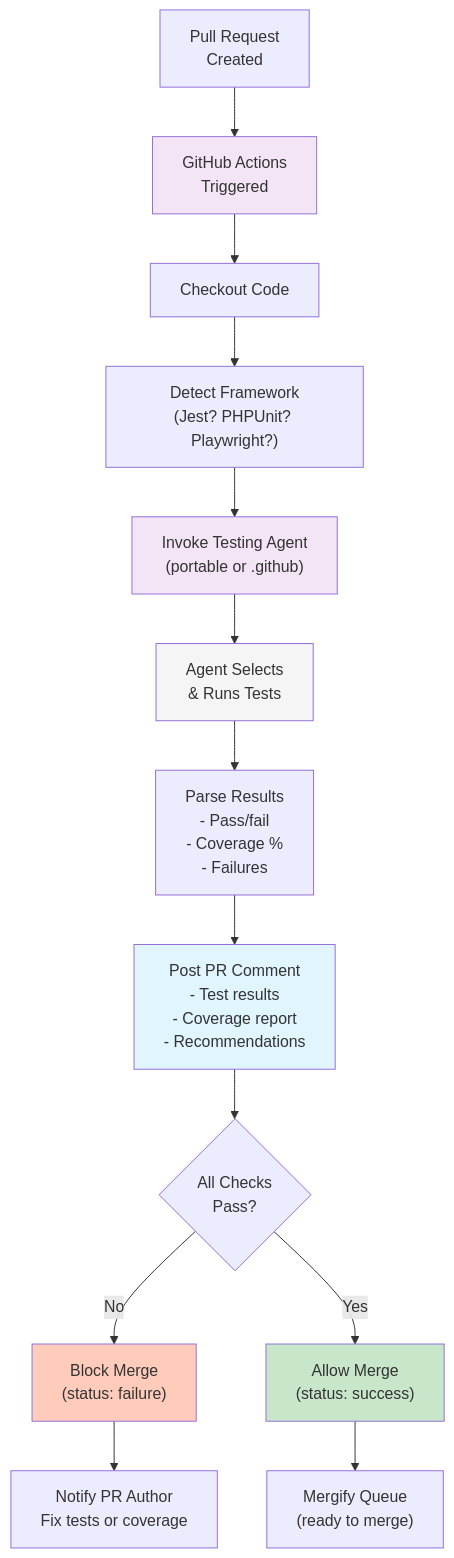
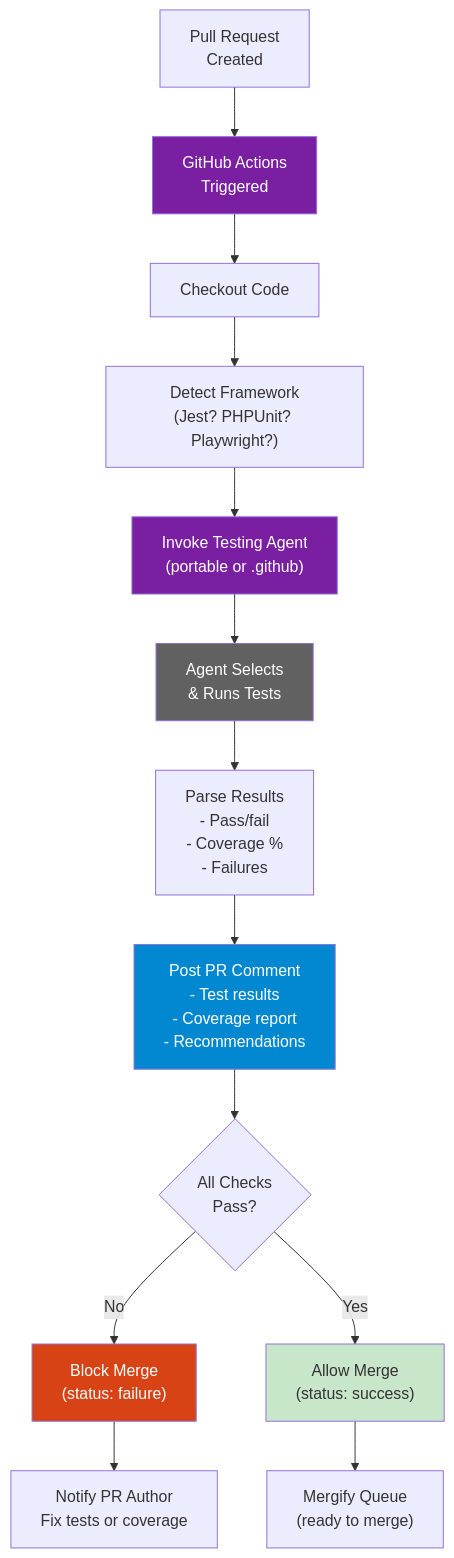
The eighth of 8 diagrams in .github/projects/active/testing-agent-multi-framework-2026-08-12/ARCHITECTURE_DIAGRAMS.md (lightspeedwp/.github), drawn with Mermaid before and after one commit. The commit also changed other lines of this file, not shown here.

Commit message:
fix: Update Mermaid diagram colors for WCAG contrast compliance

````diff
--- a/.github/projects/active/testing-agent-multi-framework-2026-08-12/ARCHITECTURE_DIAGRAMS.md
+++ b/.github/projects/active/testing-agent-multi-framework-2026-08-12/ARCHITECTURE_DIAGRAMS.md
@@ -357,32 +357,32 @@
 ```mermaid
 graph TD
     PR["Pull Request<br/>Created"]
     
     PR --> GITHUB_ACTIONS["GitHub Actions<br/>Triggered"]
     
     GITHUB_ACTIONS --> CHECKOUT["Checkout Code"]
     CHECKOUT --> DETECT["Detect Framework<br/>(Jest? PHPUnit? Playwright?)"]
     
     DETECT --> INVOKE["Invoke Testing Agent<br/>(portable or .github)"]
     
     INVOKE --> AGENT_RUN["Agent Selects<br/>& Runs Tests"]
     
     AGENT_RUN --> PARSE["Parse Results<br/>- Pass/fail<br/>- Coverage %<br/>- Failures"]
     
     PARSE --> COMMENT["Post PR Comment<br/>- Test results<br/>- Coverage report<br/>- Recommendations"]
     
     COMMENT --> CHECK{All Checks<br/>Pass?}
     
     CHECK -->|No| BLOCK["Block Merge<br/>(status: failure)"]
     CHECK -->|Yes| ALLOW["Allow Merge<br/>(status: success)"]
     
     BLOCK --> PR_AUTHOR["Notify PR Author<br/>Fix tests or coverage"]
     ALLOW --> MERGIFY["Mergify Queue<br/>(ready to merge)"]
     
-    style GITHUB_ACTIONS fill:#f3e5f5
-    style INVOKE fill:#f3e5f5
-    style AGENT_RUN fill:#f5f5f5
-    style COMMENT fill:#e1f5ff
-    style BLOCK fill:#ffccbc
+    style GITHUB_ACTIONS fill:#7b1fa2,color:#fff
+    style INVOKE fill:#7b1fa2,color:#fff
+    style AGENT_RUN fill:#616161,color:#fff
+    style COMMENT fill:#0288d1,color:#fff
+    style BLOCK fill:#d84315,color:#fff
     style ALLOW fill:#c8e6c9
 ```
````
